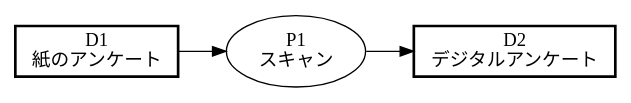
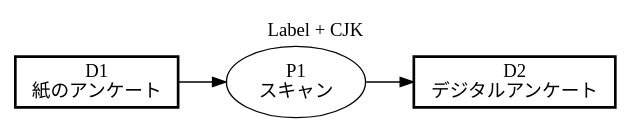
One commit to takasek/pfdsl changed the fifth of 9 diagrams in docs/samples/README.md. Above: the diagram before and after it, drawn with Graphviz. The commit also changed other lines of this file and 27 other files, not shown here.

````diff
--- a/docs/samples/README.md
+++ b/docs/samples/README.md
@@ -160,13 +186,15 @@
 ```dot
 digraph PFDSL {
   rankdir=LR;
   newrank=true;
+  label="Label + CJK";
+  labelloc="t";
 
   "D1" [shape=box, label="D1\n紙のアンケート", width=1.70, penwidth="2"];
   "D2" [shape=box, label="D2\nデジタルアンケート", width=2.10, penwidth="2"];
   "P1" [shape=ellipse, label="P1\nスキャン", width=1.10];
 
   "D1" -> "P1";
   "P1" -> "D2";
 }
 ```
````
